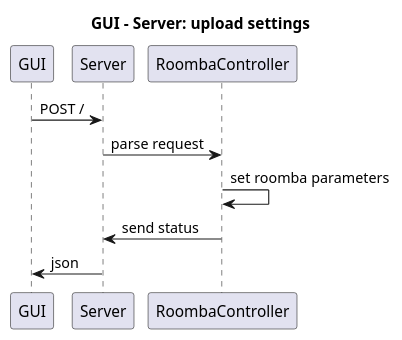
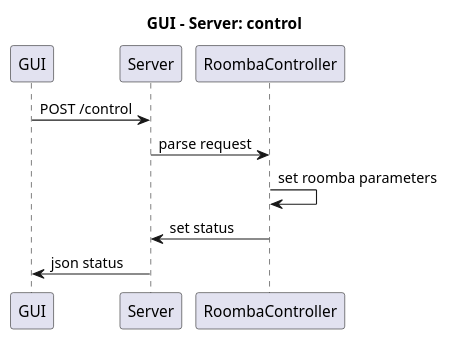
One commit to VvWijhe/Cleanify changed the diagram in UML/sequence/gui-server_post.puml. Above: the diagram before and after it, drawn with PlantUML. The commit also changed 6 other files, not shown here.

Commit message:
uml updated

```diff
--- a/UML/sequence/gui-server_post.puml
+++ b/UML/sequence/gui-server_post.puml
@@ -1,10 +1,10 @@
 @startuml
-title GUI - Server: upload settings
+title GUI - Server: control
 
-GUI -> Server: POST /
+GUI -> Server: POST /control
 Server -> RoombaController: parse request
 RoombaController -> RoombaController: set roomba parameters
-RoombaController -> Server: send status
-Server -> GUI : json
+RoombaController -> Server: set status
+Server -> GUI : json status
 
 @enduml
```
